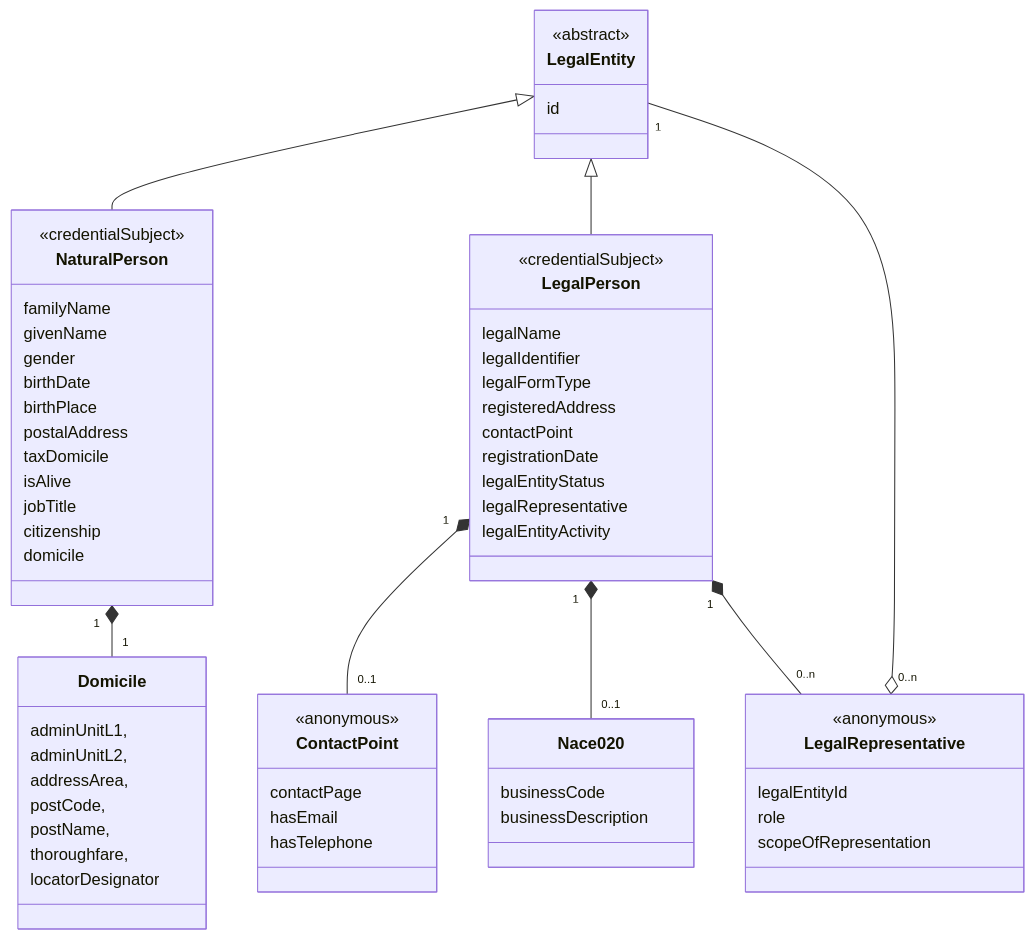
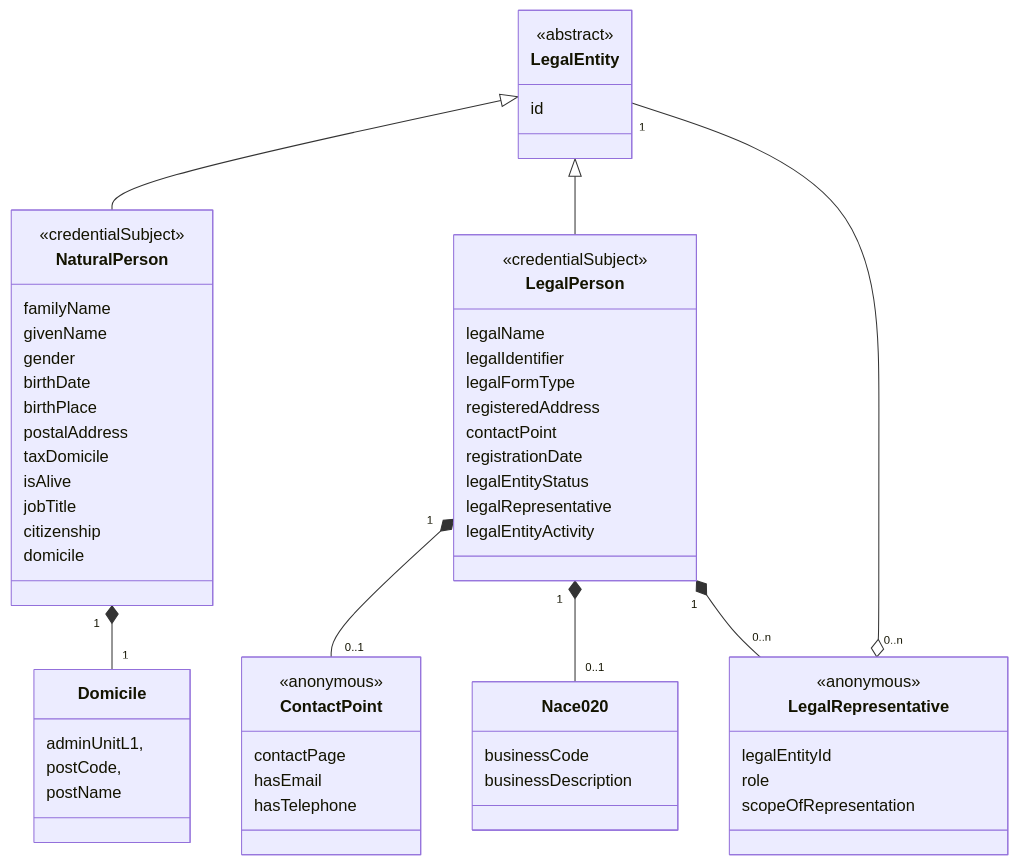
Before and after one commit to spherity/oid-public: the diagram in docs/contexts/eucc/vocabulary.md, drawn with Mermaid. The commit also changed other lines of this file, not shown here.

````diff
--- a/docs/contexts/eucc/vocabulary.md
+++ b/docs/contexts/eucc/vocabulary.md
@@ -151,66 +151,62 @@
 ```mermaid
 classDiagram
 
     class LegalEntity{
         <<abstract>>
         id
     }
     class LegalPerson{
         <<credentialSubject>>
         legalName
         legalIdentifier
         legalFormType
         registeredAddress
         contactPoint
         registrationDate
         legalEntityStatus
         legalRepresentative
         legalEntityActivity
     }
     class LegalRepresentative{
         <<anonymous>>
         legalEntityId
         role
         scopeOfRepresentation
     }
     class ContactPoint{
         <<anonymous>>
         contactPage
         hasEmail
         hasTelephone
     }
     class NaturalPerson{
         <<credentialSubject>>
         familyName
         givenName
         gender
         birthDate
         birthPlace
         postalAddress
         taxDomicile
         isAlive
         jobTitle
         citizenship
         domicile
     }
     class Nace020{
         businessCode
         businessDescription
     }
     class Domicile{
         adminUnitL1,
-        adminUnitL2,
-        addressArea,
         postCode,
-        postName,
-        thoroughfare,
-        locatorDesignator
+        postName
     }
     LegalPerson "1" *-- "0..1" ContactPoint
     LegalPerson "1" *-- "0..1" Nace020
     LegalPerson "1" *-- "0..n" LegalRepresentative
     LegalRepresentative "0..n" o-- "1" LegalEntity
     LegalEntity <|-- NaturalPerson
     LegalEntity <|-- LegalPerson
     NaturalPerson "1" *-- "1" Domicile
 ```
````
